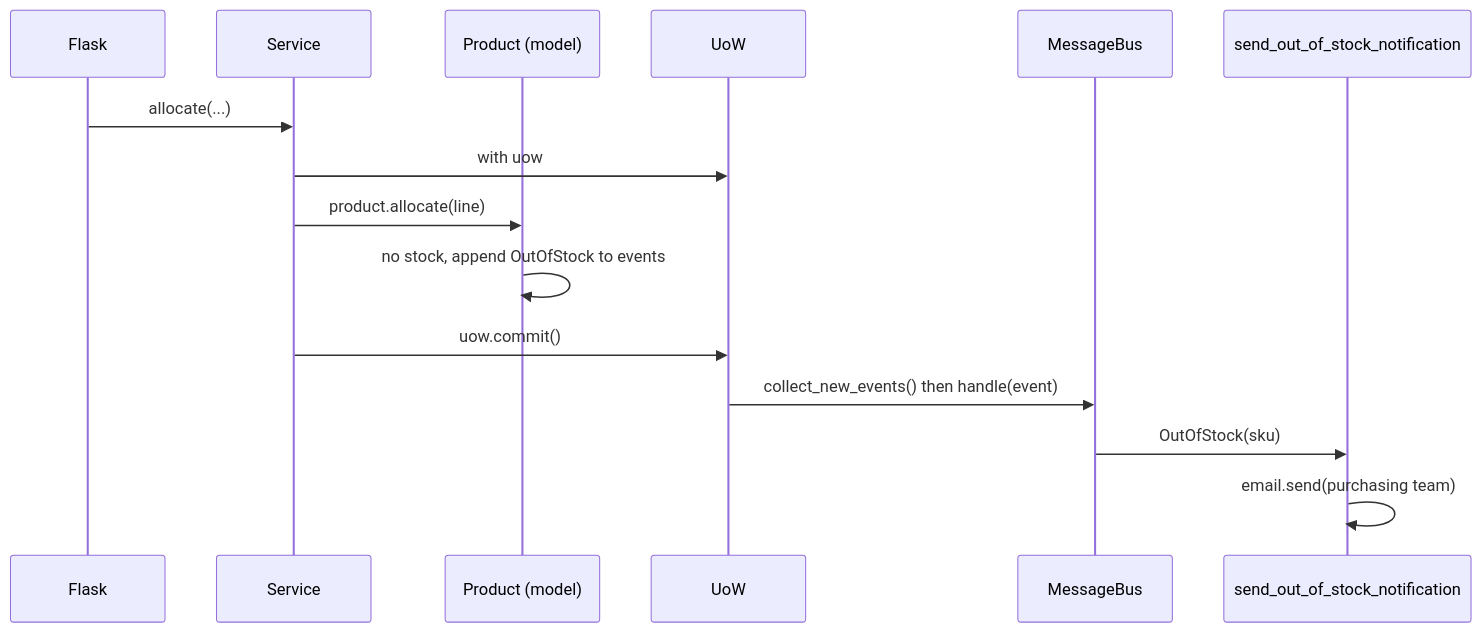
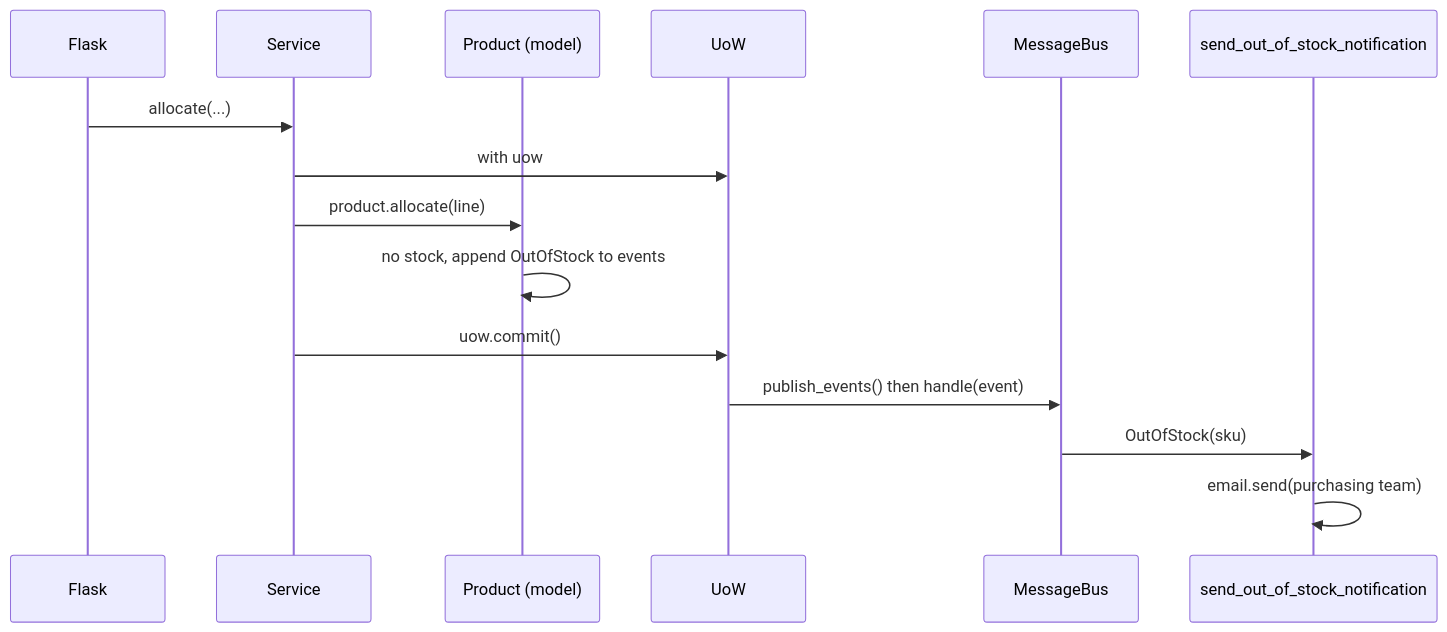
Before and after one commit to Thommans-Playground/playground-cosmic-python: the first of 2 diagrams in study-guide/ch08-events-message-bus.md, drawn with Mermaid. The commit also changed other lines of this file and 16 other files, not shown here.

````diff
--- a/study-guide/ch08-events-message-bus.md
+++ b/study-guide/ch08-events-message-bus.md
@@ -20,17 +20,17 @@
 ```mermaid
 sequenceDiagram
     participant API as Flask
     participant H as Service
     participant P as Product (model)
     participant U as UoW
     participant B as MessageBus
     participant E as send_out_of_stock_notification
     API->>H: allocate(...)
     H->>U: with uow
     H->>P: product.allocate(line)
     P->>P: no stock, append OutOfStock to events
     H->>U: uow.commit()
-    U->>B: collect_new_events() then handle(event)
+    U->>B: publish_events() then handle(event)
     B->>E: OutOfStock(sku)
     E->>E: email.send(purchasing team)
 ```
````
